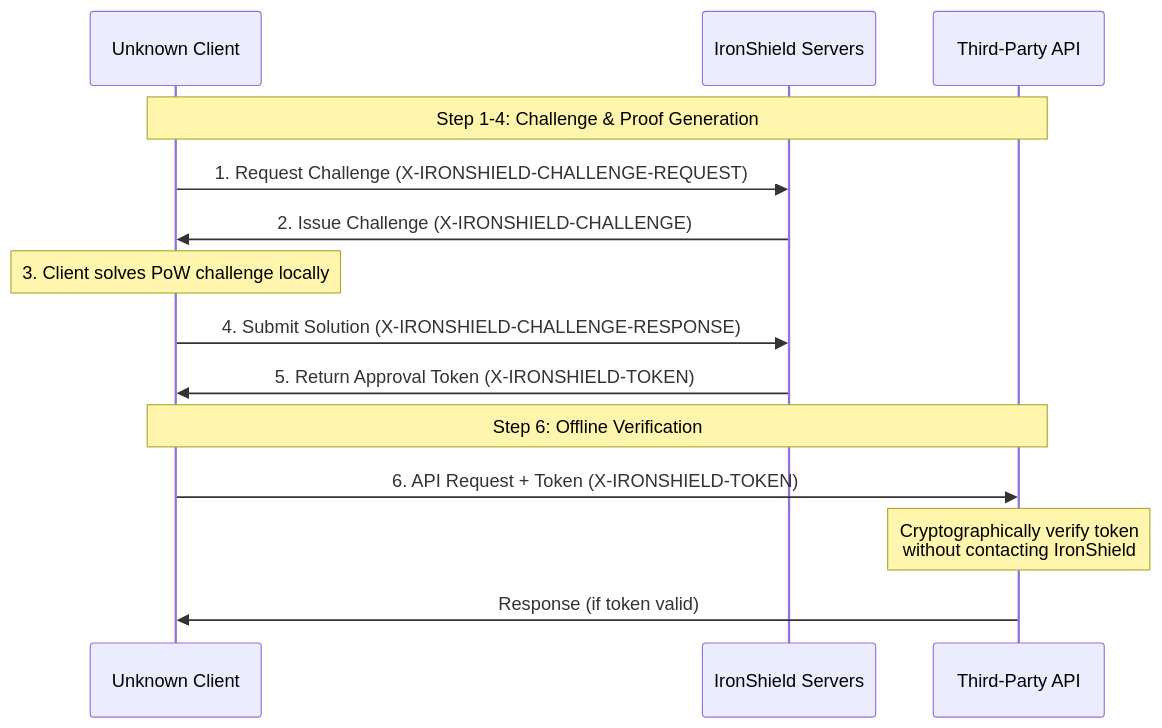
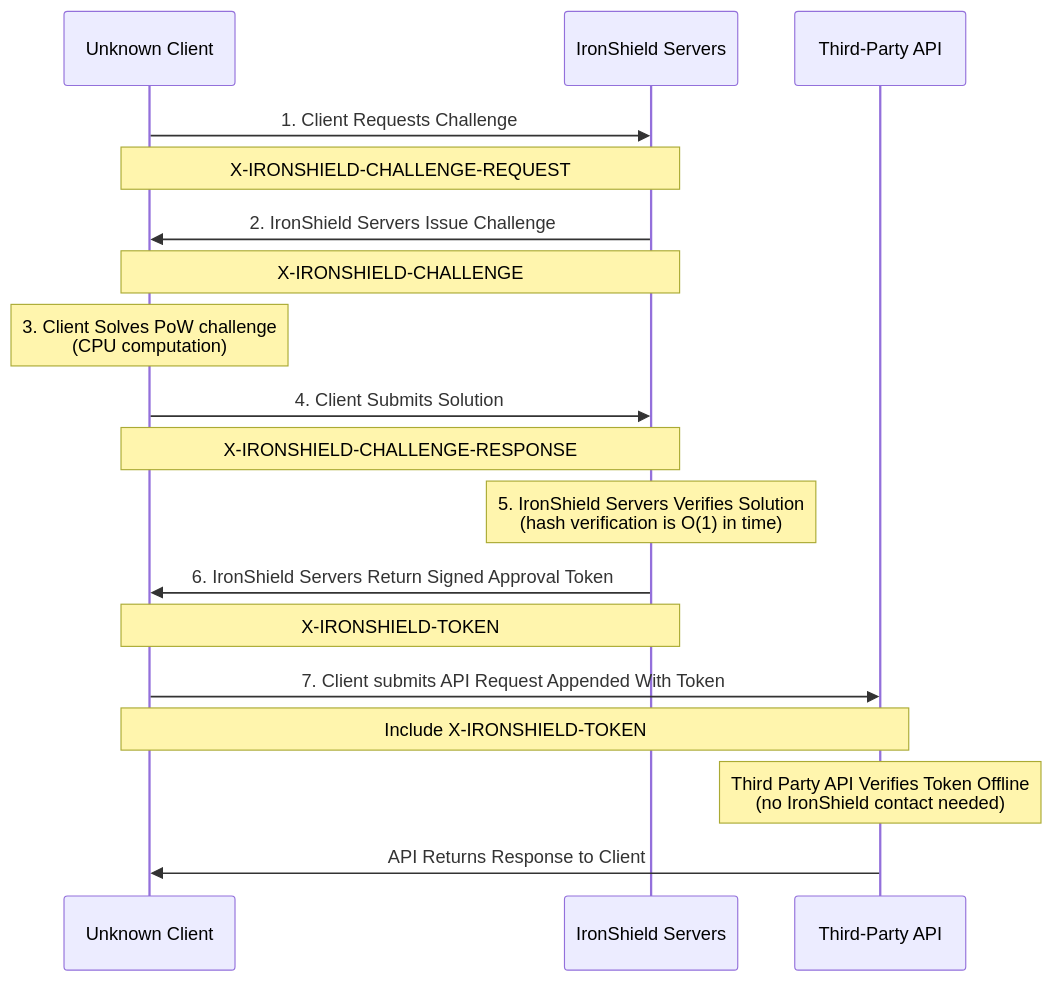
The diagram in docs/platforms/api.md (IronShield-Tech/ironshield-docs), drawn with Mermaid before and after one commit. The commit also changed other lines of this file and 3 other files, not shown here.

Commit message:
started work on sequence diagram

````diff
--- a/docs/platforms/api.md
+++ b/docs/platforms/api.md
@@ -25,18 +25,37 @@
 ```mermaid
 sequenceDiagram
     participant Client as Unknown Client
     participant IronShield as IronShield Servers
     participant API as Third-Party API
     
-    Note over Client,API: Step 1-4: Challenge & Proof Generation
-    Client->>IronShield: 1. Request Challenge (X-IRONSHIELD-CHALLENGE-REQUEST)
-    IronShield->>Client: 2. Issue Challenge (X-IRONSHIELD-CHALLENGE)
-    Note over Client: 3. Client solves PoW challenge locally
-    Client->>IronShield: 4. Submit Solution (X-IRONSHIELD-CHALLENGE-RESPONSE)
-    IronShield->>Client: 5. Return Approval Token (X-IRONSHIELD-TOKEN)
+        Client->>IronShield: 1. Client Requests Challenge
+    Note over Client,IronShield: X-IRONSHIELD-CHALLENGE-REQUEST
     
-    Note over Client,API: Step 6: Offline Verification
-    Client->>API: 6. API Request + Token (X-IRONSHIELD-TOKEN)
-    Note over API: Cryptographically verify token<br/>without contacting IronShield
-    API->>Client: Response (if token valid)
+    
+    IronShield->>Client: 2. IronShield Servers Issue Challenge
+    Note over Client,IronShield: X-IRONSHIELD-CHALLENGE
+    
+    
+    Note over Client: 3. Client Solves PoW challenge<br/>(CPU computation)
+    
+    
+    Client->>IronShield: 4. Client Submits Solution
+    Note over Client,IronShield: X-IRONSHIELD-CHALLENGE-RESPONSE
+    
+    
+    Note over IronShield: 5. IronShield Servers Verifies Solution<br/>(hash verification is O(1) in time)
+    
+    
+    IronShield->>Client: 6. IronShield Servers Return Signed Approval Token
+    Note over Client,IronShield: X-IRONSHIELD-TOKEN
+    
+    
+    Client->>API: 7. Client submits API Request Appended With Token
+    Note over Client,API: Include X-IRONSHIELD-TOKEN
+    
+    
+    Note over API: Third Party API Verifies Token Offline<br/>(no IronShield contact needed)
+    
+    
+    API->>Client: API Returns Response to Client
 ```
````
